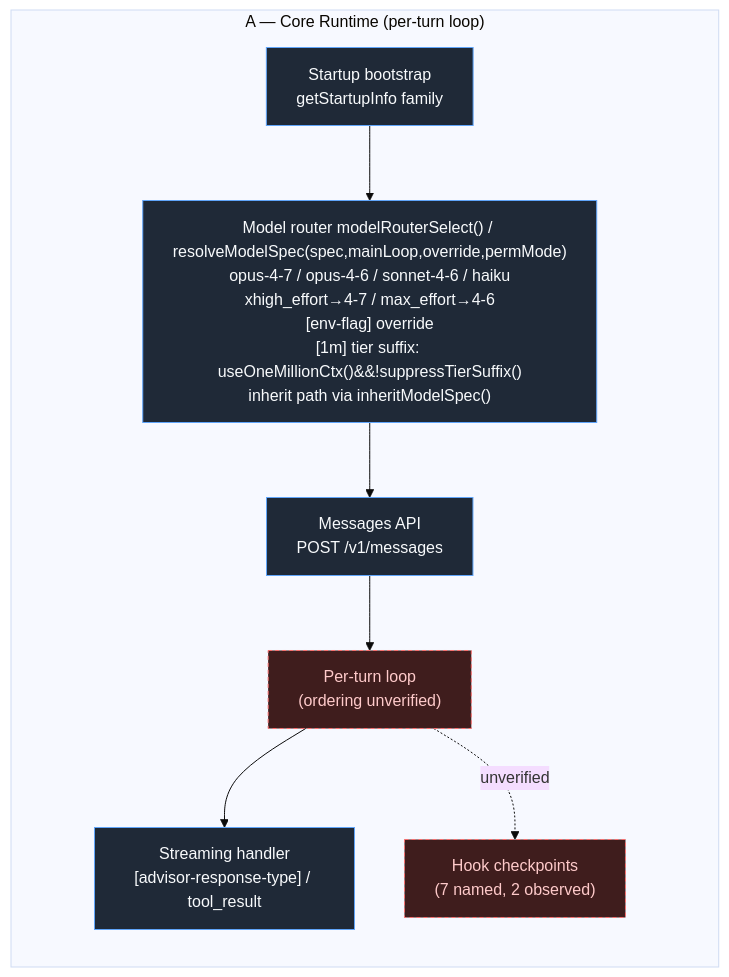
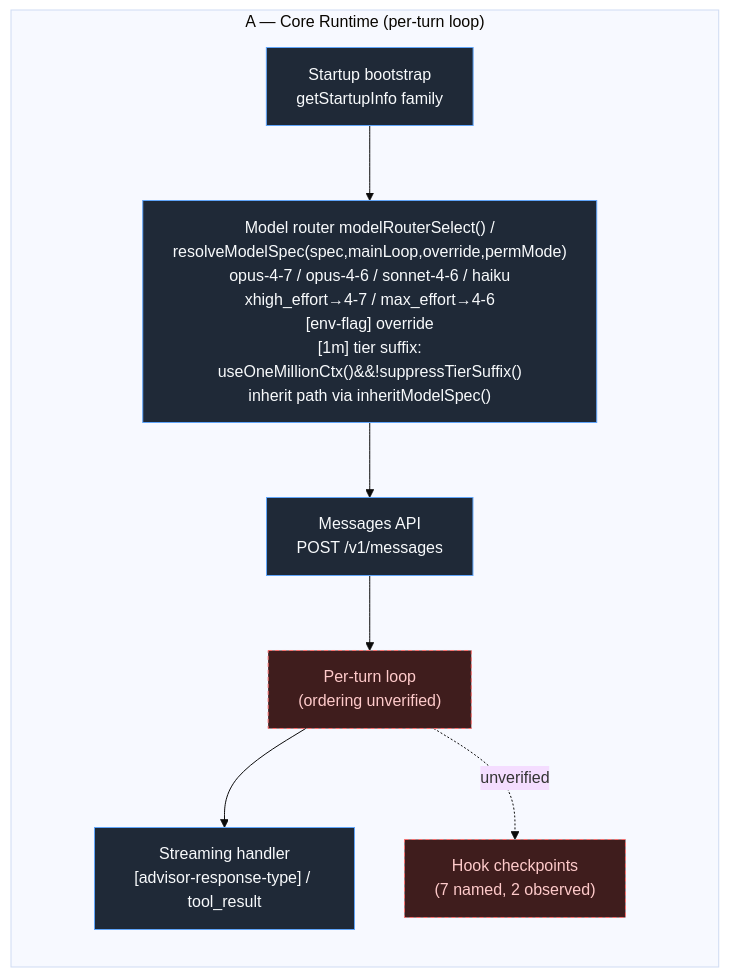
Before and after one commit to pjt222/claude-buddy-investigation: the diagram in docs/flow/CORE.mmd, drawn with Mermaid (base theme). The commit also changed 73 other files, not shown here.

First line of the commit message:
flow: make the cluster diagrams readable at page width

```diff
--- a/docs/flow/CORE.mmd
+++ b/docs/flow/CORE.mmd
@@ -1,24 +1,24 @@
 flowchart LR
     %% CORE — A — Core Runtime (per-turn loop)
     subgraph CORE["A — Core Runtime (per-turn loop)"]
         direction TB
         startup["Startup bootstrap<br/>getStartupInfo family"]:::core
-        model_router["Model router modelRouterSelect() / resolveModelSpec(spec,mainLoop,override,permMode)<br/>opus-4-7 / opus-4-6 / sonnet-4-6 / haiku<br/>xhigh_effort→4-7 / max_effort→4-6<br/>[env-flag] override<br/>[1m] tier suffix: useOneMillionCtx()&&!suppressTierSuffix()<br/>inherit path via inheritModelSpec()"]:::core
+        model_router["Model router modelRouterSelect() /<br/>resolveModelSpec(spec,mainLoop,override,permMode)<br/>opus-4-7 / opus-4-6 / sonnet-4-6 / haiku<br/>xhigh_effort→4-7 / max_effort→4-6<br/>[env-flag] override<br/>[1m] tier suffix:<br/>useOneMillionCtx()&&!suppressTierSuffix()<br/>inherit path via inheritModelSpec()"]:::core
         msgs_api["Messages API<br/>POST /v1/messages"]:::core
         turn_loop["Per-turn loop<br/>(ordering unverified)"]:::gap
         stream_handler["Streaming handler<br/>[advisor-response-type] / tool_result"]:::core
         hook_checkpoints["Hook checkpoints<br/>(7 named, 2 observed)"]:::gap
     end
 
     startup --> model_router
     model_router --> msgs_api
     msgs_api --> turn_loop
     turn_loop --> stream_handler
     turn_loop -. "unverified" .-> hook_checkpoints
 
     classDef core fill:#1f2937,stroke:#60a5fa,color:#f8fafc,stroke-width:1px
     classDef gap fill:#3f1d1d,stroke:#f87171,color:#fecaca,stroke-dasharray: 4 3,stroke-width:1px
     classDef removed fill:#1a1a1a,stroke:#6b7280,color:#9ca3af,stroke-dasharray: 2,stroke-width:1px
     classDef ours fill:#1e293b,stroke:#a78bfa,color:#e9d5ff,stroke-width:1px
     classDef baseline fill:#1f2937,stroke:#34d399,color:#d1fae5,stroke-width:1px
     classDef risk fill:#3f1d1d,stroke:#fb7185,color:#fecdd3,stroke-width:2px
```
